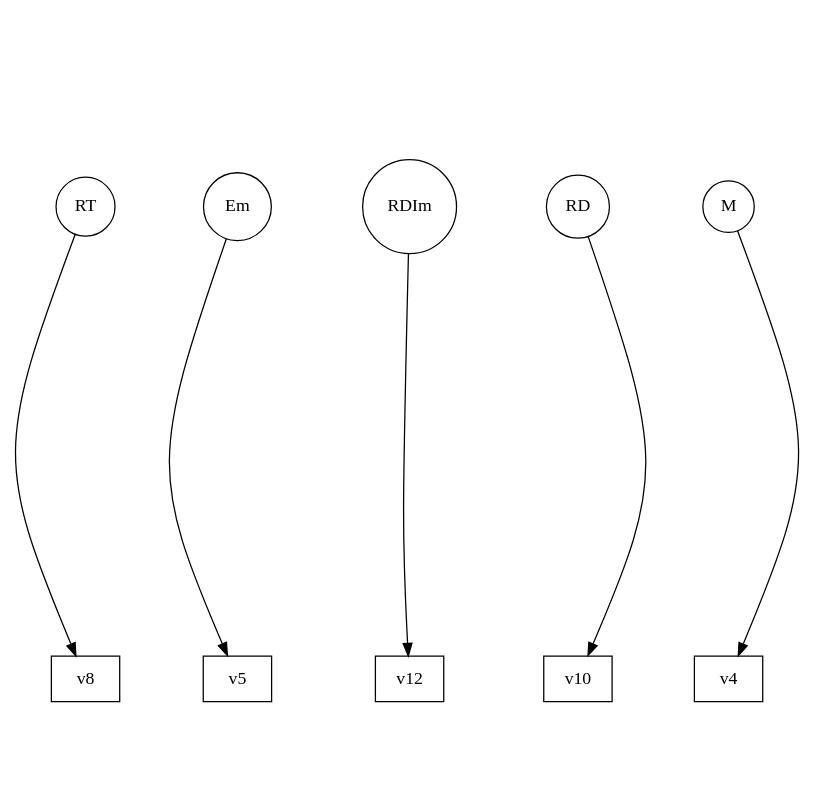
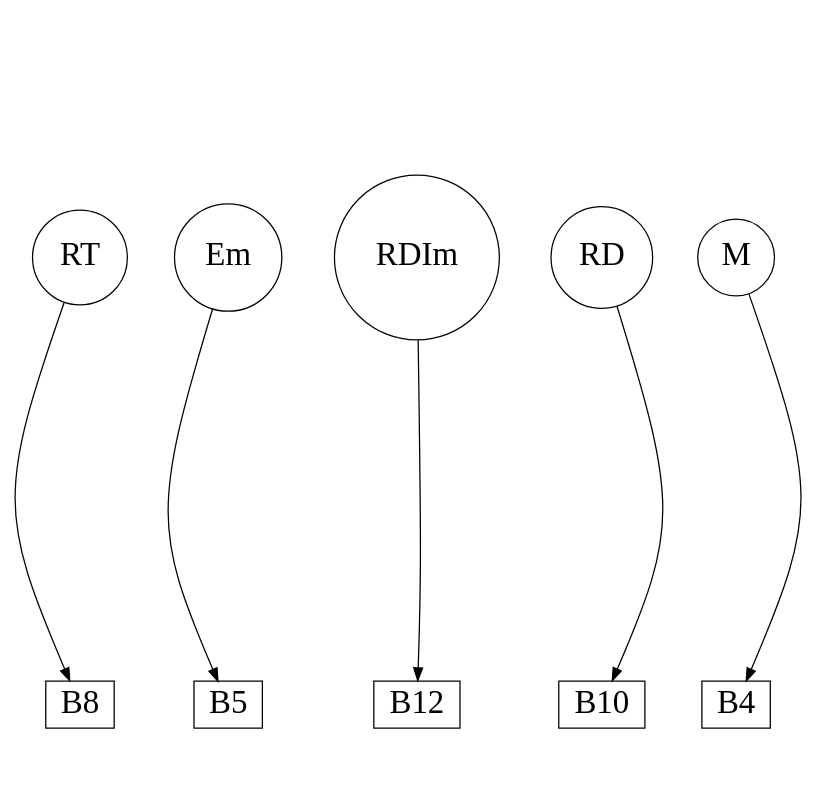
Before and after one commit to gratelpy/gratelpy-supplementary-information: the diagram in cdc42_network_in_yeast/order_5/goryachev_model_order_5_frag_7_sg_0.dot, drawn with Graphviz. The commit also changed 618 other files, not shown here.

```diff
--- a/cdc42_network_in_yeast/order_5/goryachev_model_order_5_frag_7_sg_0.dot
+++ b/cdc42_network_in_yeast/order_5/goryachev_model_order_5_frag_7_sg_0.dot
@@ -1,23 +1,22 @@
 strict digraph G {
 remincross="true";
 ratio="fill";
 splines="curved";
 overlap="true";
-fontsize="26";
 size="8.3,8.3";
-RT [shape="circle", pos="80.0,240.0!"];
-Em [shape="circle", pos="0.0,280.0!"];
-v12 [shape="box", pos="280.0,0.0!"];
-RD [shape="circle", pos="200.0,160.0!"];
-v10 [shape="box", pos="160.0,80.0!"];
-v5 [shape="box", pos="0.0,160.0!"];
-v4 [shape="box", pos="80.0,360.0!"];
-RDIm [shape="circle", pos="300.0,80.0!"];
-M [shape="circle", pos="260.0,360.0!"];
-v8 [shape="box", pos="160.0,320.0!"];
-Em -> v5;
-M -> v4;
-RD -> v10;
-RDIm -> v12;
-RT -> v8;
+RT [shape="circle", fontsize=26, pos="80.0,240.0!"];
+Em [shape="circle", fontsize=26, pos="0.0,280.0!"];
+B12 [shape="box", fontsize=26, pos="280.0,0.0!"];
+RD [shape="circle", fontsize=26, pos="200.0,160.0!"];
+B10 [shape="box", fontsize=26, pos="160.0,80.0!"];
+B5 [shape="box", fontsize=26, pos="0.0,160.0!"];
+B4 [shape="box", fontsize=26, pos="80.0,360.0!"];
+RDIm [shape="circle", fontsize=26, pos="300.0,80.0!"];
+M [shape="circle", fontsize=26, pos="260.0,360.0!"];
+B8 [shape="box", fontsize=26, pos="160.0,320.0!"];
+Em -> B5;
+M -> B4;
+RD -> B10;
+RDIm -> B12;
+RT -> B8;
 }
```
